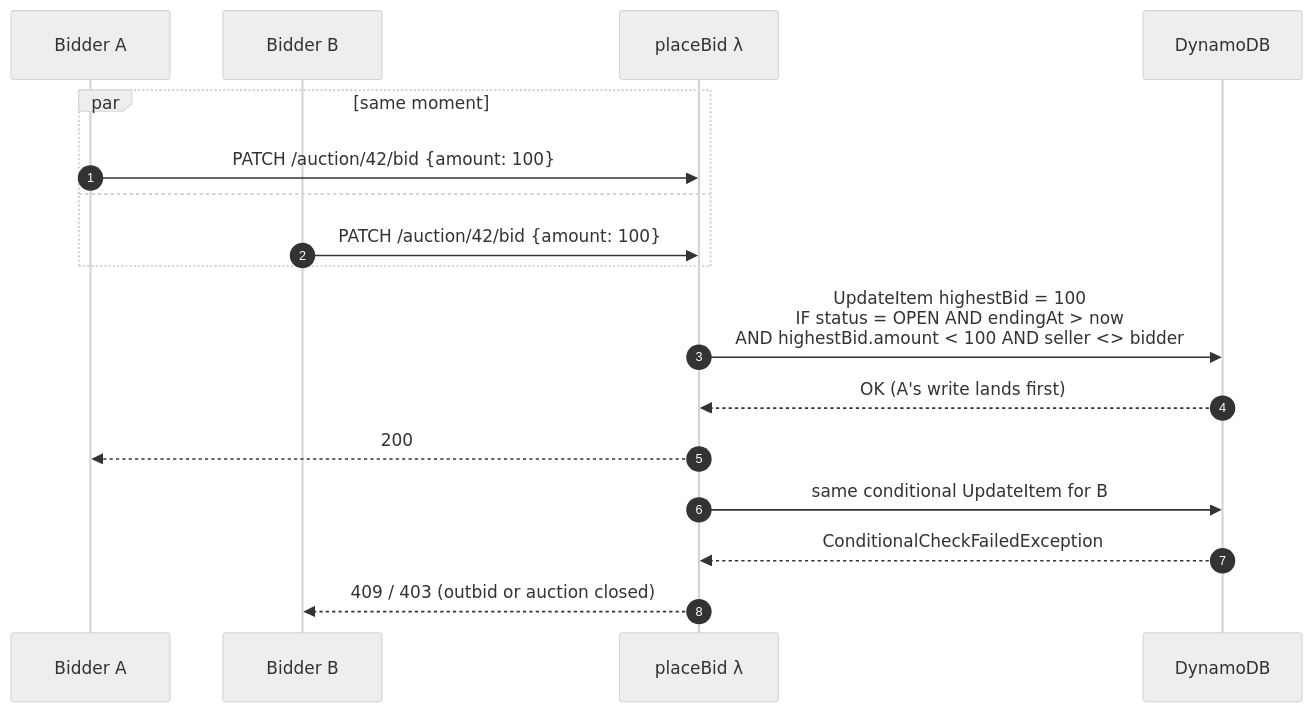
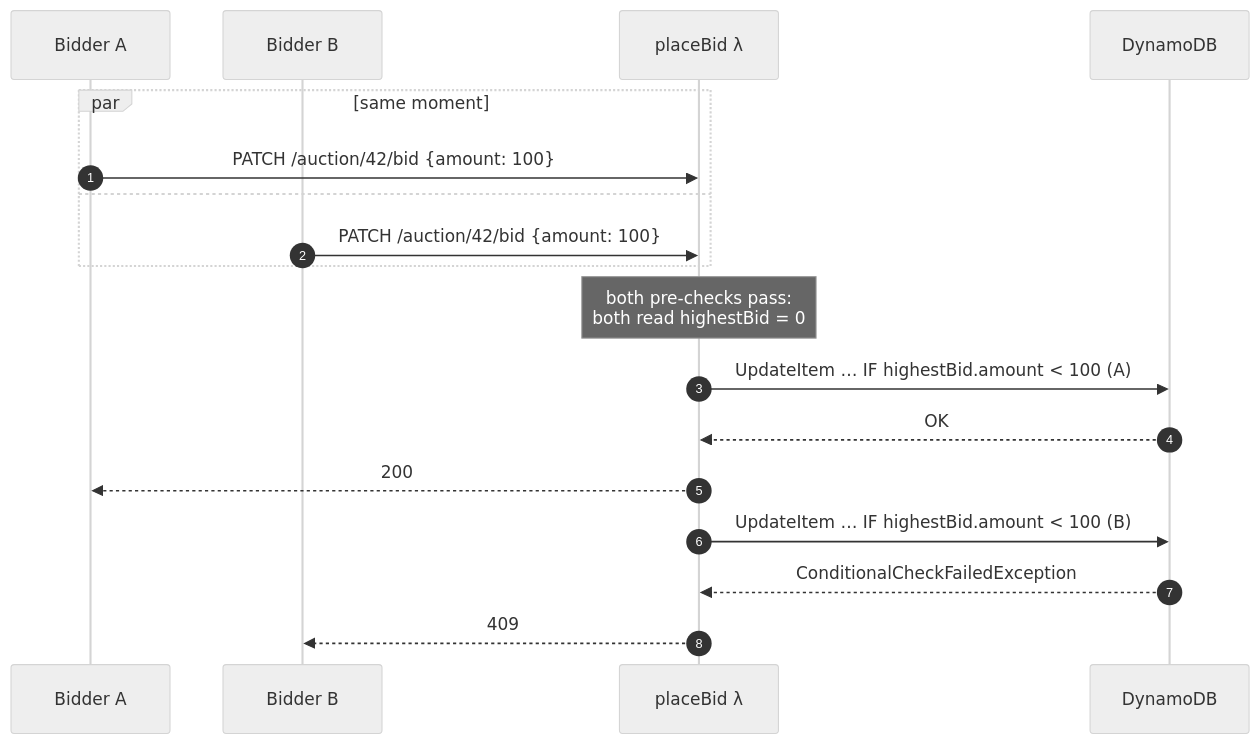
Before and after one commit to UchihaIthachi/serverless-auction-platform: the seventh of 22 diagrams in docs/architecture.md, drawn with Mermaid (neutral theme). The commit also changed other lines of this file and 36 other files, not shown here.

Commit message:
Outbox + stream relay, per-auction EventBridge Scheduler, throttling, CloudFront OAC, DLQ alarms, paging, OIDC deploy, LocalStack full deploy (13/13), Well-Architected docs

````diff
--- a/docs/architecture.md
+++ b/docs/architecture.md
@@ -29,20 +177,21 @@
 ```mermaid
 sequenceDiagram
   autonumber
   participant A as Bidder A
   participant B as Bidder B
   participant L as placeBid λ
   participant D as DynamoDB
 
   par same moment
     A->>L: PATCH /auction/42/bid {amount: 100}
   and
     B->>L: PATCH /auction/42/bid {amount: 100}
   end
-  L->>D: UpdateItem highestBid = 100<br/>IF status = OPEN AND endingAt > now<br/>AND highestBid.amount < 100 AND seller <> bidder
-  D-->>L: OK (A's write lands first)
+  Note over L: both pre-checks pass:<br/>both read highestBid = 0
+  L->>D: UpdateItem … IF highestBid.amount < 100 (A)
+  D-->>L: OK
   L-->>A: 200
-  L->>D: same conditional UpdateItem for B
+  L->>D: UpdateItem … IF highestBid.amount < 100 (B)
   D-->>L: ConditionalCheckFailedException
-  L-->>B: 409 / 403 (outbid or auction closed)
+  L-->>B: 409
 ```
````
